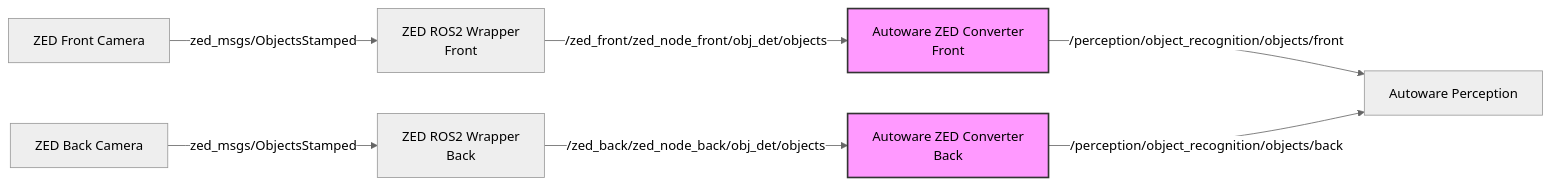
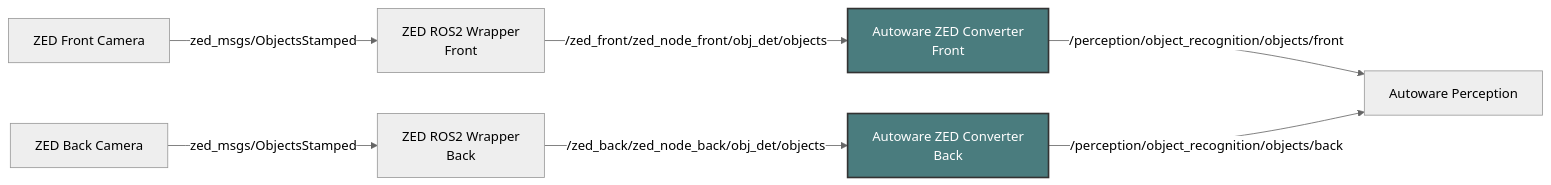
The second of 2 diagrams in README.md (NEWSLabNTU/autoware_zed), drawn with Mermaid (neutral theme) before and after one commit. The commit also changed other lines of this file, not shown here.

Commit message:
Adjust colors in architecture charts.

````diff
--- a/README.md
+++ b/README.md
@@ -22,14 +22,14 @@
 ```mermaid
 graph LR
     A1[ZED Front Camera] -->|zed_msgs/ObjectsStamped| B1[ZED ROS2 Wrapper<br>Front]
     A2[ZED Back Camera] -->|zed_msgs/ObjectsStamped| B2[ZED ROS2 Wrapper<br>Back]
 
     B1 -->|/zed_front/zed_node_front/obj_det/objects| C1[Autoware ZED Converter<br>Front]
     B2 -->|/zed_back/zed_node_back/obj_det/objects| C2[Autoware ZED Converter<br>Back]
 
     C1 -->|/perception/object_recognition/objects/front| D[Autoware Perception]
     C2 -->|/perception/object_recognition/objects/back| D
 
-    style C1 fill:#f9f,stroke:#333,stroke-width:2px
-    style C2 fill:#f9f,stroke:#333,stroke-width:2px
+    style C1 fill:#4a7c7e,stroke:#333,stroke-width:2px,color:#fff
+    style C2 fill:#4a7c7e,stroke:#333,stroke-width:2px,color:#fff
 ```
````
